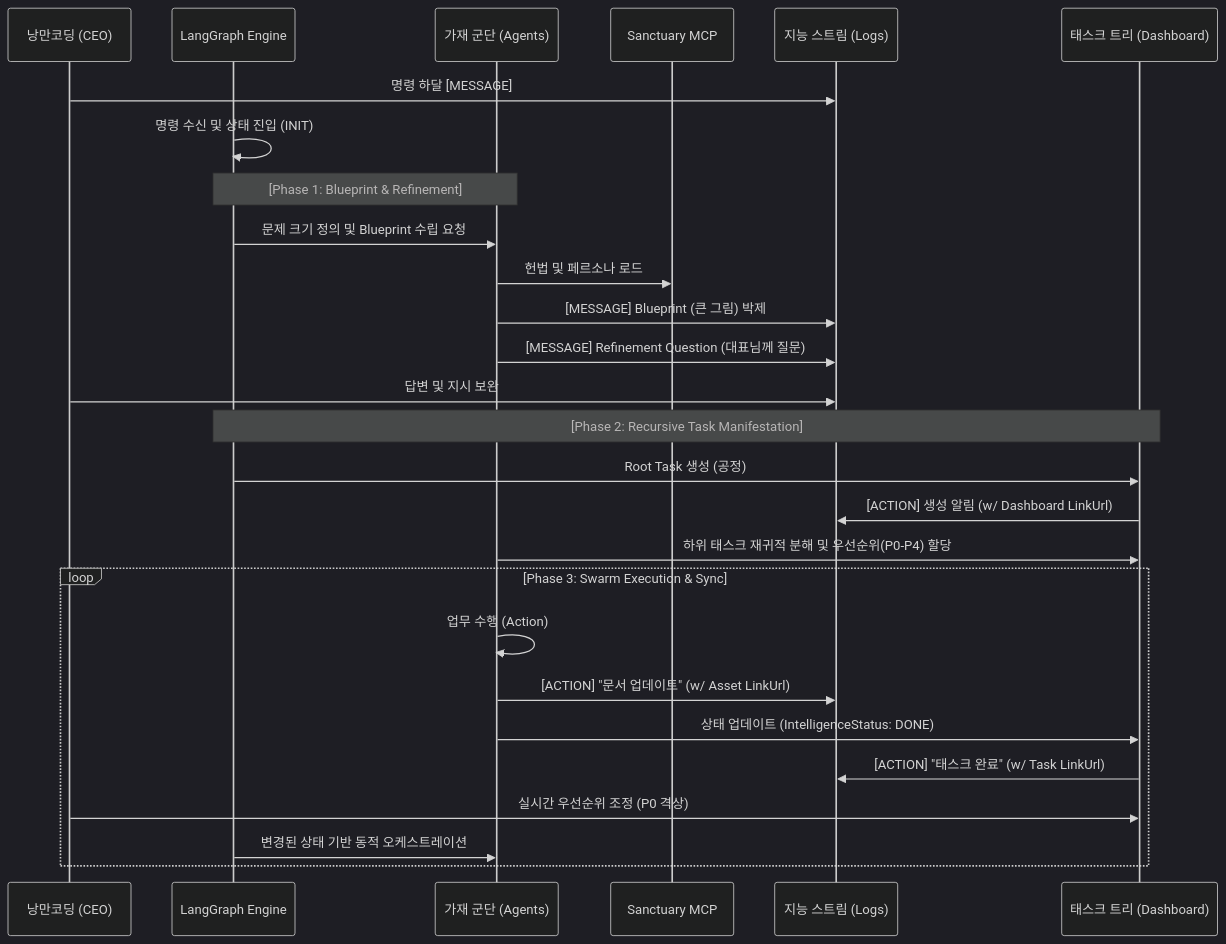
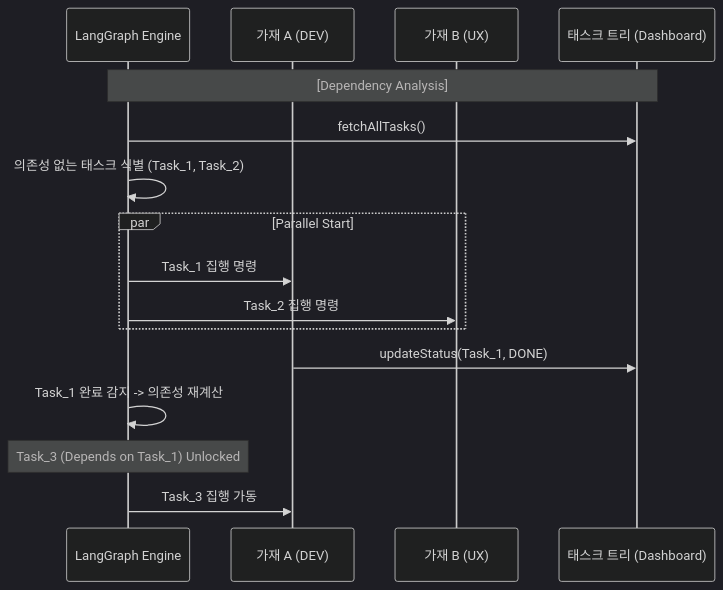
One commit to yuna-studio/yuna-openclaw changed the second of 2 diagrams in docs/core/process/SYSTEM_DESIGN_V1_0.md. Above: the diagram before and after it, drawn with Mermaid (dark theme). The commit also changed other lines of this file, not shown here.

Commit message:
docs: Sanctuary v3.8 - Task Dependencies and Parallel Execution

````diff
--- a/docs/core/process/SYSTEM_DESIGN_V1_0.md
+++ b/docs/core/process/SYSTEM_DESIGN_V1_0.md
@@ -104,34 +52,22 @@
 ```mermaid
 sequenceDiagram
-    participant CEO as 낭만코딩 (CEO)
     participant LG as LangGraph Engine
-    participant Agent as 가재 군단 (Agents)
-    participant MCP as Sanctuary MCP
-    participant Stream as 지능 스트림 (Logs)
+    participant AgentA as 가재 A (DEV)
+    participant AgentB as 가재 B (UX)
     participant Dash as 태스크 트리 (Dashboard)
 
-    CEO->>Stream: 명령 하달 [MESSAGE]
-    LG->>LG: 명령 수신 및 상태 진입 (INIT)
+    Note over LG, Dash: [Dependency Analysis]
+    LG->>Dash: fetchAllTasks()
+    LG->>LG: 의존성 없는 태스크 식별 (Task_1, Task_2)
     
-    Note over LG, Agent: [Phase 1: Blueprint & Refinement]
-    LG->>Agent: 문제 크기 정의 및 Blueprint 수립 요청
-    Agent->>MCP: 헌법 및 페르소나 로드
-    Agent->>Stream: [MESSAGE] Blueprint (큰 그림) 박제
-    Agent->>Stream: [MESSAGE] Refinement Question (대표님께 질문)
+    Par Parallel Start
+        LG->>AgentA: Task_1 집행 명령
+        LG->>AgentB: Task_2 집행 명령
+    end
+
+    AgentA->>Dash: updateStatus(Task_1, DONE)
+    LG->>LG: Task_1 완료 감지 -> 의존성 재계산
     
-    CEO->>Stream: 답변 및 지시 보완
-    
-    Note over LG, Dash: [Phase 2: Recursive Task Manifestation]
-    LG->>Dash: Root Task 생성 (공정)
-    Dash->>Stream: [ACTION] 생성 알림 (w/ Dashboard LinkUrl)
-    Agent->>Dash: 하위 태스크 재귀적 분해 및 우선순위(P0-P4) 할당
-    
-    loop Phase 3: Swarm Execution & Sync
-        Agent->>Agent: 업무 수행 (Action)
-        Agent->>Stream: [ACTION] "문서 업데이트" (w/ Asset LinkUrl)
-        Agent->>Dash: 상태 업데이트 (IntelligenceStatus: DONE)
-        Dash->>Stream: [ACTION] "태스크 완료" (w/ Task LinkUrl)
-        CEO->>Dash: 실시간 우선순위 조정 (P0 격상)
-        LG->>Agent: 변경된 상태 기반 동적 오케스트레이션
-    end
+    Note over LG: Task_3 (Depends on Task_1) Unlocked
+    LG->>AgentA: Task_3 집행 가동
 ```
````
